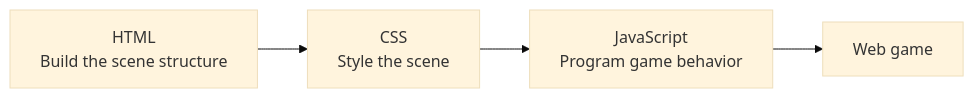
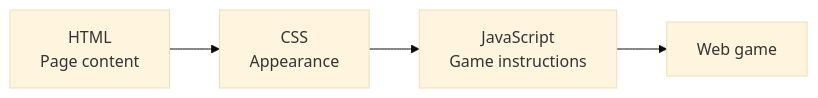
One commit to hungfuc/js_game_for_kids changed the ninth of 10 diagrams in Quarto_Doc/chapters/01-computer-and-web-basics.qmd. Above: the diagram before and after it, drawn with Mermaid (base theme). The commit also changed other lines of this file and 134 other files, not shown here.

````diff
--- a/Quarto_Doc/chapters/01-computer-and-web-basics.qmd
+++ b/Quarto_Doc/chapters/01-computer-and-web-basics.qmd
@@ -429,6 +415,6 @@
 ```{mermaid}
 flowchart LR
-    H[HTML<br/>Build the scene structure] --> C[CSS<br/>Style the scene]
-    C --> J[JavaScript<br/>Program game behavior]
+    H[HTML<br/>Page content] --> C[CSS<br/>Appearance]
+    C --> J[JavaScript<br/>Game instructions]
     J --> G[Web game]
 ```
````
